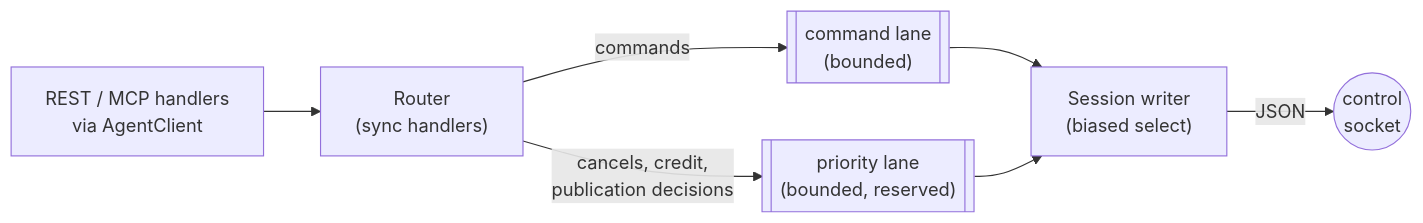
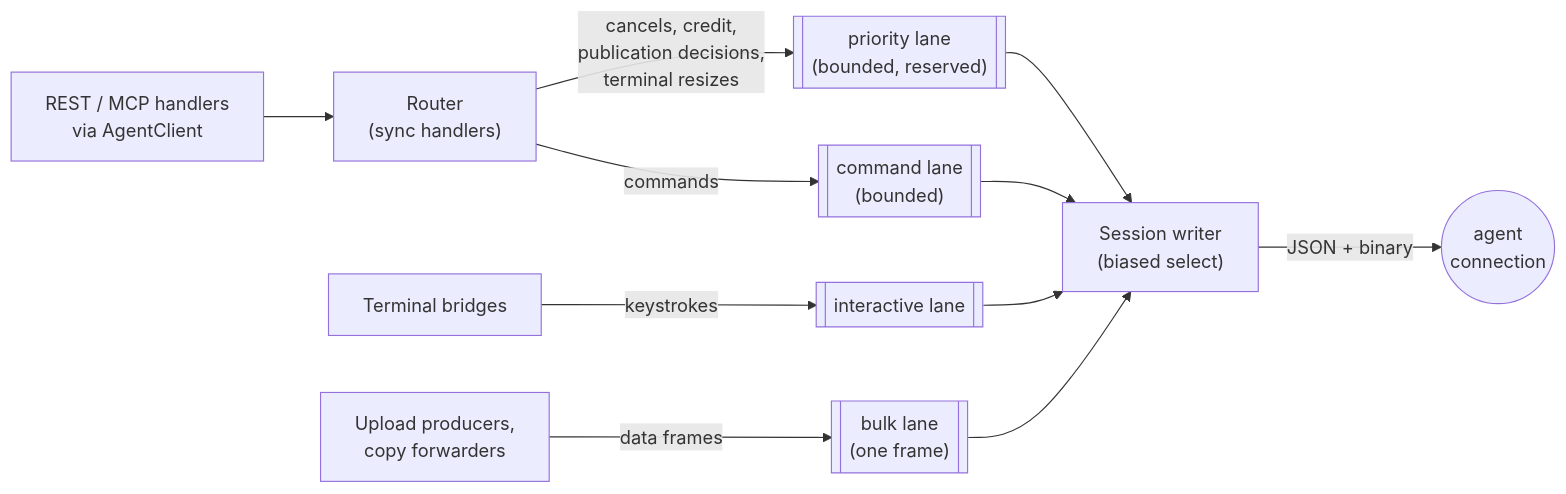
One commit to FruitieX/redoor changed the fifth of 10 diagrams in ARCHITECTURE.md. Above: the diagram before and after it, drawn with Mermaid. The commit also changed other lines of this file and 74 other files, not shown here.

First line of the commit message:
Carry every agent stream on one multiplexed connection

````diff
--- a/ARCHITECTURE.md
+++ b/ARCHITECTURE.md
@@ -309,9 +346,13 @@
 ```mermaid
 flowchart LR
     rest["REST / MCP handlers<br/>via AgentClient"] --> router["Router<br/>(sync handlers)"]
     router -->|"commands"| cl[["command lane<br/>(bounded)"]]
-    router -->|"cancels, credit,<br/>publication decisions"| pl[["priority lane<br/>(bounded, reserved)"]]
-    cl --> writer["Session writer<br/>(biased select)"]
-    pl --> writer
-    writer -->|"JSON"| ws(("control<br/>socket"))
+    router -->|"cancels, credit,<br/>publication decisions,<br/>terminal resizes"| pl[["priority lane<br/>(bounded, reserved)"]]
+    bridges["Terminal bridges"] -->|"keystrokes"| il[["interactive lane"]]
+    producers["Upload producers,<br/>copy forwarders"] -->|"data frames"| bl[["bulk lane<br/>(one frame)"]]
+    pl --> writer["Session writer<br/>(biased select)"]
+    cl --> writer
+    il --> writer
+    bl --> writer
+    writer -->|"JSON + binary"| ws(("agent<br/>connection"))
 ```
````
